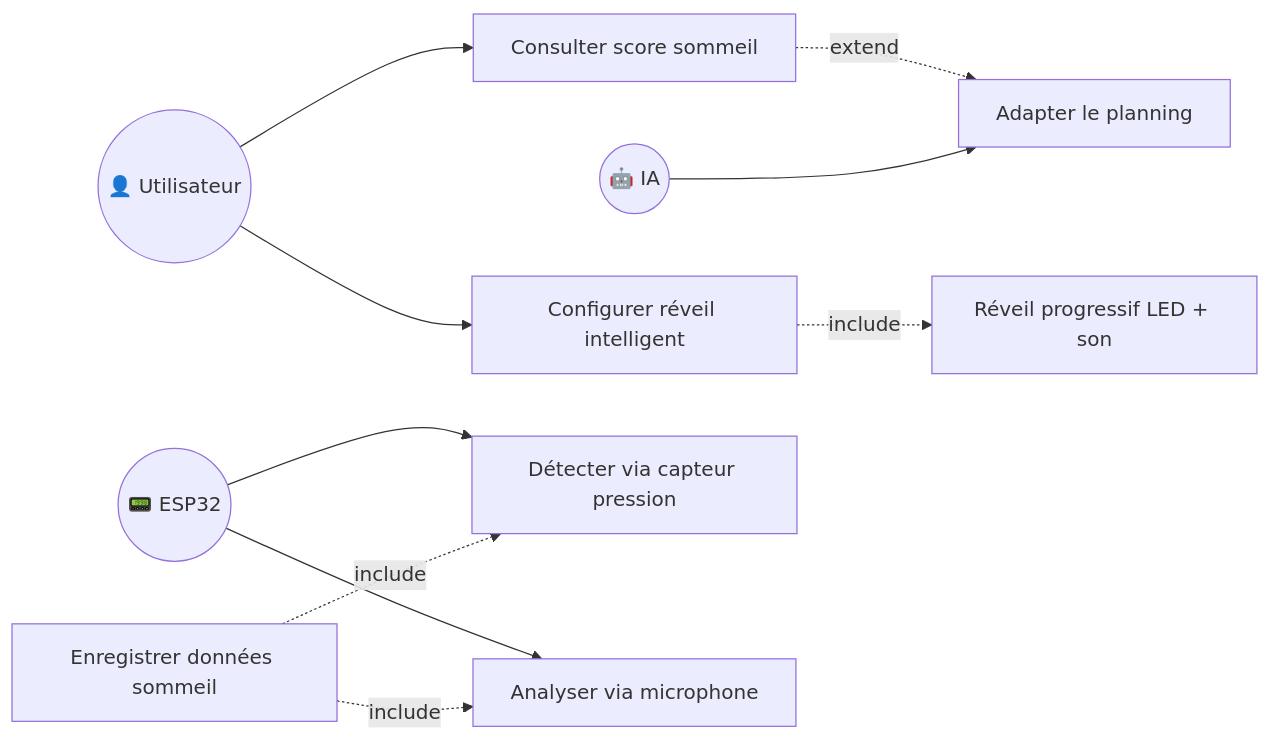
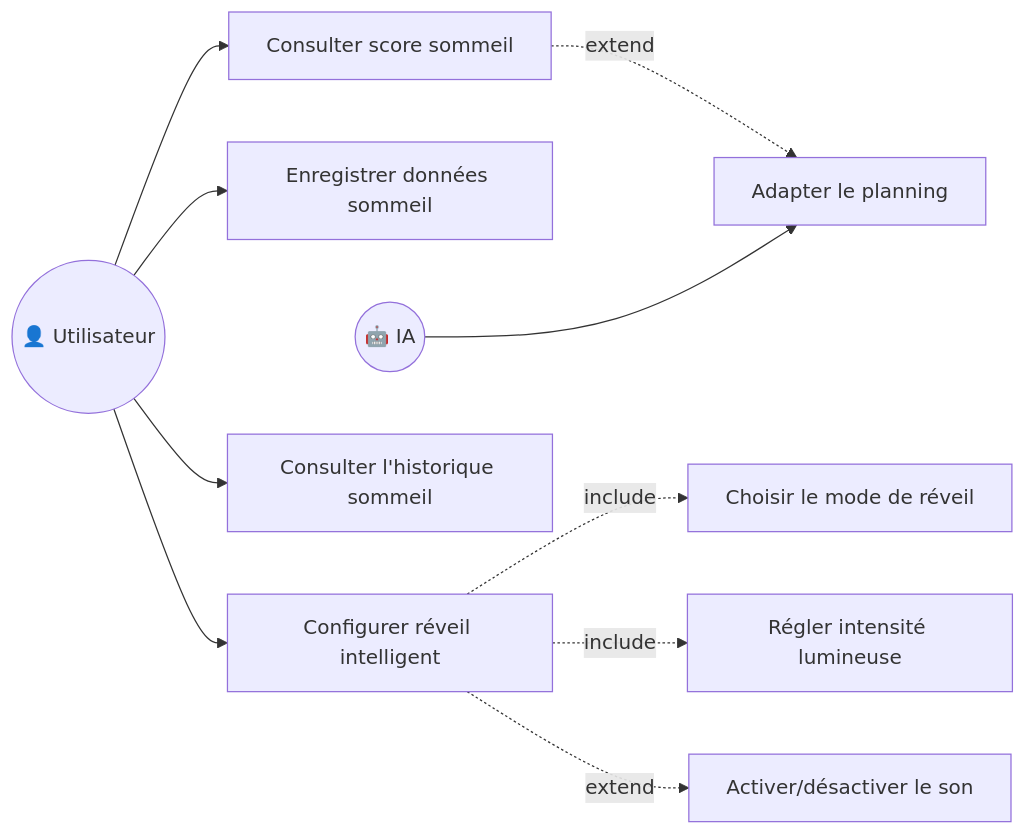
The tenth of 11 diagrams in docs/Conception_CasUtilisation.md (Jkacem/smart_focus), drawn with Mermaid before and after one commit. The commit also changed other lines of this file and 8 other files, not shown here.

````diff
--- a/docs/Conception_CasUtilisation.md
+++ b/docs/Conception_CasUtilisation.md
@@ -363,28 +594,27 @@
 ```mermaid
 graph LR
     User(("👤 Utilisateur"))
-    ESP32(("📟 ESP32"))
     IA(("🤖 IA"))
 
     UC21["Enregistrer données sommeil"]
     UC22["Consulter score sommeil"]
+    UC22h["Consulter l'historique sommeil"]
     UC23["Configurer réveil intelligent"]
     UC24["Adapter le planning"]
 
-    UC21a["Détecter via capteur pression"]
-    UC21b["Analyser via microphone"]
-    UC23a["Réveil progressif LED + son"]
+    UC23a["Choisir le mode de réveil"]
+    UC23b["Régler intensité lumineuse"]
+    UC23c["Activer/désactiver le son"]
 
-    ESP32 --> UC21a
-    ESP32 --> UC21b
-
+    User --> UC21
     User --> UC22
+    User --> UC22h
     User --> UC23
 
-    UC21 -.->|include| UC21a
-    UC21 -.->|include| UC21b
     UC23 -.->|include| UC23a
+    UC23 -.->|include| UC23b
+    UC23 -.->|extend| UC23c
 
     UC22 -.->|extend| UC24
     IA --> UC24
 ```
````
